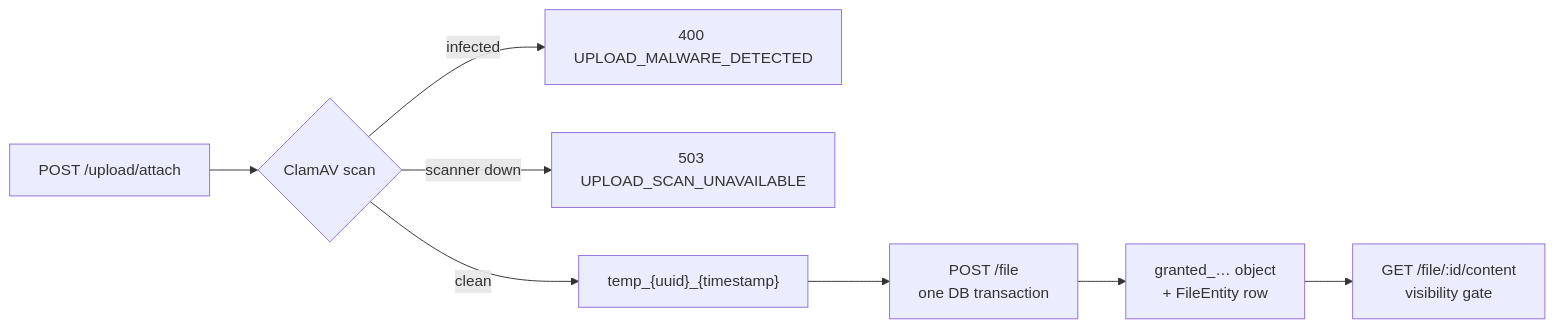
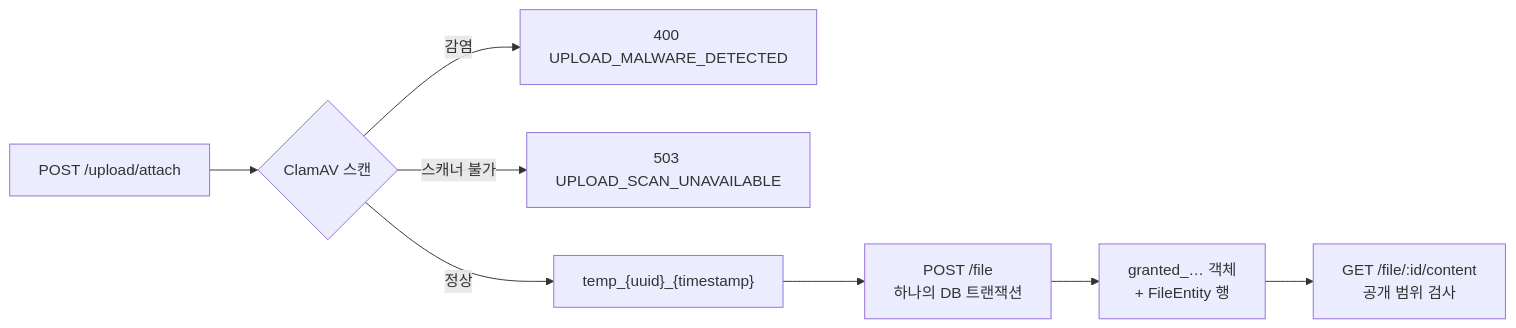
Before and after one commit to Bluecode77732/Upload-Board-Project: the second of 4 diagrams in README.md, drawn with Mermaid. The commit also changed other lines of this file and 5 other files, not shown here.

````diff
--- a/README.md
+++ b/README.md
@@ -174,10 +175,10 @@
 ```mermaid
 flowchart LR
-  A["POST /upload/attach"] --> B{"ClamAV scan"}
-  B -- infected --> X["400 UPLOAD_MALWARE_DETECTED"]
-  B -- "scanner down" --> Y["503 UPLOAD_SCAN_UNAVAILABLE"]
-  B -- clean --> C["temp_{uuid}_{timestamp}"]
-  C --> D["POST /file<br/>one DB transaction"]
-  D --> E["granted_… object<br/>+ FileEntity row"]
-  E --> F["GET /file/:id/content<br/>visibility gate"]
+  A["POST /upload/attach"] --> B{"ClamAV 스캔"}
+  B -- 감염 --> X["400 UPLOAD_MALWARE_DETECTED"]
+  B -- "스캐너 불가" --> Y["503 UPLOAD_SCAN_UNAVAILABLE"]
+  B -- 정상 --> C["temp_{uuid}_{timestamp}"]
+  C --> D["POST /file<br/>하나의 DB 트랜잭션"]
+  D --> E["granted_… 객체<br/>+ FileEntity 행"]
+  E --> F["GET /file/:id/content<br/>공개 범위 검사"]
 ```
````
